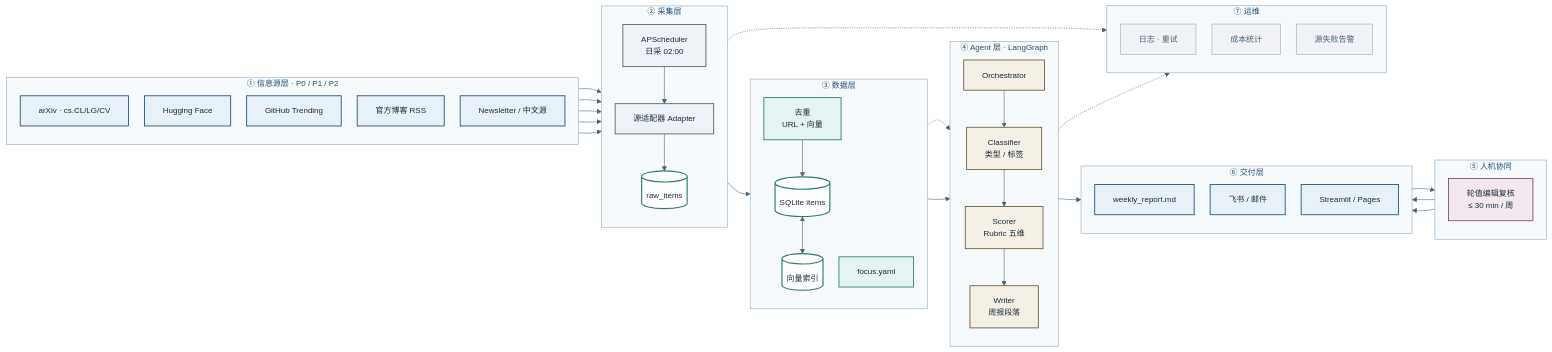
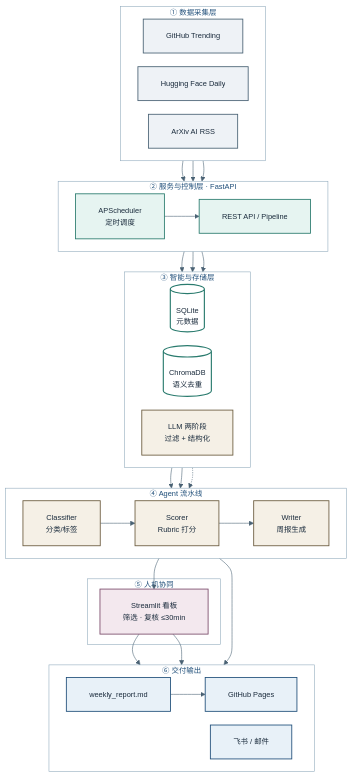
The diagram in diagrams/architecture.mmd (FBB123571/AI-Tech-Intelligence-Radar), drawn with Mermaid before and after one commit. The commit also changed 4 other files, not shown here.

Commit message:
docs: single white-background architecture PNG attachment

```diff
--- a/diagrams/architecture.mmd
+++ b/diagrams/architecture.mmd
@@ -1,117 +1,91 @@
-%% AI 技术情报雷达 — 系统架构图 v2.0（科研配色）
-%% 导出 PNG: npx -y @mermaid-js/mermaid-cli -i diagrams/architecture.mmd -o diagrams/architecture.png
+%% AI 技术情报雷达 — 系统架构图（单图 · 白底导出）
+%% npx -y @mermaid-js/mermaid-cli -i diagrams/architecture.mmd -o diagrams/architecture.png -b white
 
 %%{init: {
   "theme": "base",
   "themeVariables": {
-    "fontFamily": "Segoe UI, Helvetica Neue, Arial, sans-serif",
-    "fontSize": "14px",
+    "fontFamily": "Microsoft YaHei, Segoe UI, Arial, sans-serif",
+    "fontSize": "13px",
     "primaryColor": "#E8F1F8",
     "primaryTextColor": "#1A2B3C",
     "primaryBorderColor": "#1F4E79",
     "secondaryColor": "#E6F4F1",
-    "secondaryTextColor": "#1A2B3C",
     "secondaryBorderColor": "#2A7B6E",
     "tertiaryColor": "#F5F0E6",
-    "tertiaryTextColor": "#1A2B3C",
     "tertiaryBorderColor": "#6B5B3E",
     "lineColor": "#4A6274",
-    "textColor": "#1A2B3C",
-    "mainBkg": "#FFFFFF",
-    "nodeBorder": "#1F4E79",
-    "clusterBkg": "#F7FAFC",
+    "clusterBkg": "#FFFFFF",
     "clusterBorder": "#8FA9BC",
     "titleColor": "#1F4E79",
-    "edgeLabelBackground": "#FFFFFF"
+    "background": "#FFFFFF"
   },
-  "flowchart": {
-    "curve": "basis",
-    "padding": 16,
-    "nodeSpacing": 28,
-    "rankSpacing": 40,
-    "htmlLabels": true
-  }
+  "flowchart": { "curve": "basis", "padding": 20, "nodeSpacing": 24, "rankSpacing": 36, "htmlLabels": true }
 }}%%
 
-flowchart LR
-    subgraph L1["① 信息源层 · P0 / P1 / P2"]
-        direction TB
-        S1["arXiv · cs.CL/LG/CV"]
-        S2["Hugging Face"]
-        S3["GitHub Trending"]
-        S4["官方博客 RSS"]
-        S5["Newsletter / 中文源"]
+flowchart TB
+    subgraph SRC["① 数据采集层"]
+        direction LR
+        C1["GitHub Trending"]
+        C2["Hugging Face Daily"]
+        C3["ArXiv AI RSS"]
     end
 
-    subgraph L2["② 采集层"]
-        direction TB
-        SCH["APScheduler<br/>日采 02:00"]
-        ADP["源适配器 Adapter"]
-        RAW[("raw_items")]
+    subgraph SVC["② 服务与控制层 · FastAPI"]
+        direction LR
+        SCH["APScheduler<br/>定时调度"]
+        API["REST API / Pipeline"]
     end
 
-    subgraph L3["③ 数据层"]
-        direction TB
-        DED["去重<br/>URL + 向量"]
-        DB[("SQLite items")]
-        VEC[("向量索引")]
-        CFG["focus.yaml"]
+    subgraph DATA["③ 智能与存储层"]
+        direction LR
+        SQL[("SQLite<br/>元数据")]
+        CHR[("ChromaDB<br/>语义去重")]
+        LLM["LLM 两阶段<br/>过滤 + 结构化"]
     end
 
-    subgraph L4["④ Agent 层 · LangGraph"]
-        direction TB
-        ORC["Orchestrator"]
-        CLS["Classifier<br/>类型 / 标签"]
-        SCR["Scorer<br/>Rubric 五维"]
-        WRT["Writer<br/>周报段落"]
-        ORC --> CLS --> SCR --> WRT
+    subgraph AGT["④ Agent 流水线"]
+        direction LR
+        CLS["Classifier<br/>分类/标签"]
+        SCR["Scorer<br/>Rubric 打分"]
+        WRT["Writer<br/>周报生成"]
+        CLS --> SCR --> WRT
     end
 
-    subgraph L5["⑤ 人机协同"]
-        direction TB
-        ED["轮值编辑复核<br/>≤ 30 min / 周"]
+    subgraph HITL["⑤ 人机协同"]
+        ED["Streamlit 看板<br/>筛选 · 复核 ≤30min"]
     end
 
-    subgraph L6["⑥ 交付层"]
-        direction TB
+    subgraph OUT["⑥ 交付输出"]
+        direction LR
         RPT["weekly_report.md"]
         PUSH["飞书 / 邮件"]
-        WEB["Streamlit / Pages"]
+        WEB["GitHub Pages"]
     end
 
-    subgraph L7["⑦ 运维"]
-        direction TB
-        OPS1["日志 · 重试"]
-        OPS2["成本统计"]
-        OPS3["源失败告警"]
-    end
+    C1 & C2 & C3 --> SCH
+    SCH --> API
+    API --> SQL
+    API --> CHR
+    API --> LLM
+    SQL --> CLS
+    LLM --> CLS
+    CHR -.-> SCR
+    WRT --> RPT
+    ED --> RPT
+    ED --> PUSH
+    RPT --> WEB
+    AGT --> ED
 
-  S1 & S2 & S3 & S4 & S5 --> ADP
-  SCH --> ADP
-  ADP --> RAW --> DED --> DB
-  DB <--> VEC
-  CFG -.-> SCR
-  DB --> ORC
-  WRT --> RPT --> ED
-  ED --> PUSH
-  ED --> WEB
-  L2 -.-> L7
-  L4 -.-> L7
+    classDef c1 fill:#EEF2F6,stroke:#4A6274,stroke-width:1.5px,color:#1A2B3C
+    classDef c2 fill:#E6F4F1,stroke:#2A7B6E,stroke-width:1.5px,color:#1A2B3C
+    classDef c3 fill:#F5F0E6,stroke:#6B5B3E,stroke-width:1.5px,color:#1A2B3C
+    classDef c4 fill:#F3E8EE,stroke:#7B4B6A,stroke-width:1.5px,color:#1A2B3C
+    classDef c5 fill:#E8F1F8,stroke:#1F4E79,stroke-width:1.5px,color:#1A2B3C
+    classDef db fill:#FFFFFF,stroke:#2A7B6E,stroke-width:2px,color:#1A2B3C
 
-  classDef layerSource fill:#E8F1F8,stroke:#1F4E79,stroke-width:1.5px,color:#1A2B3C
-  classDef layerIngest fill:#EEF2F6,stroke:#4A6274,stroke-width:1.5px,color:#1A2B3C
-  classDef layerData fill:#E6F4F1,stroke:#2A7B6E,stroke-width:1.5px,color:#1A2B3C
-  classDef layerAgent fill:#F5F0E6,stroke:#6B5B3E,stroke-width:1.5px,color:#1A2B3C
-  classDef layerHuman fill:#F3E8EE,stroke:#7B4B6A,stroke-width:1.5px,color:#1A2B3C
-  classDef layerDeliver fill:#E8F1F8,stroke:#1F4E79,stroke-width:1.5px,color:#1A2B3C
-  classDef layerOps fill:#F0F2F5,stroke:#8FA9BC,stroke-width:1px,color:#4A6274
-  classDef store fill:#FFFFFF,stroke:#2A7B6E,stroke-width:2px,color:#1A2B3C
-
-  class S1,S2,S3,S4,S5 layerSource
-  class SCH,ADP layerIngest
-  class DED,CFG layerData
-  class RAW,DB,VEC store
-  class ORC,CLS,SCR,WRT layerAgent
-  class ED layerHuman
-  class RPT,PUSH,WEB layerDeliver
-  class OPS1,OPS2,OPS3 layerOps
+    class C1,C2,C3 c1
+    class SCH,API c2
+    class SQL,CHR db
+    class LLM,CLS,SCR,WRT c3
+    class ED c4
+    class RPT,PUSH,WEB c5
```
